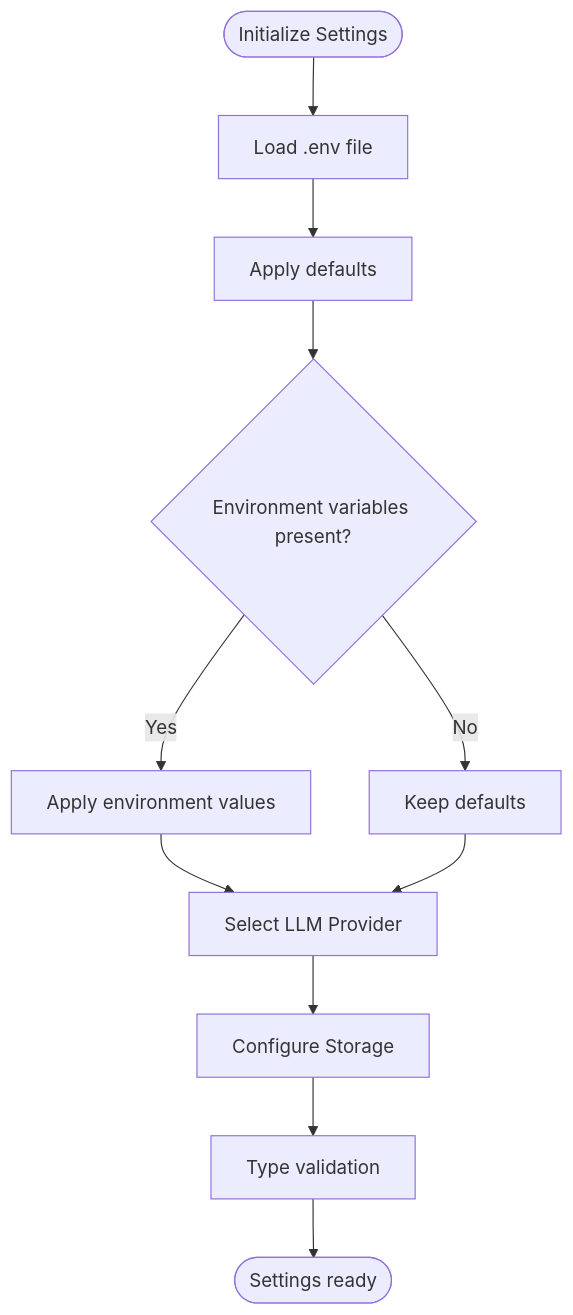
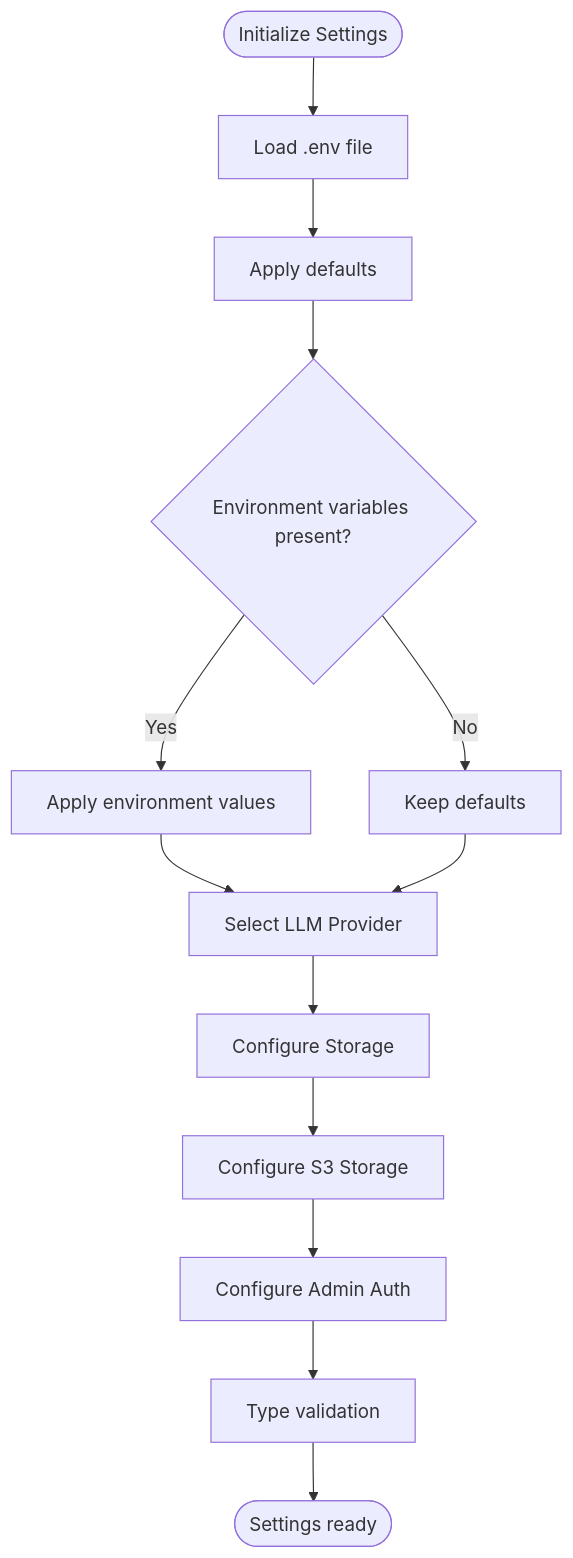
One commit to ognelis/cafetera_hr_bot changed the fifth of 9 diagrams in .qoder/repowiki/en/content/Configuration Management.md. Above: the diagram before and after it, drawn with Mermaid. The commit also changed other lines of this file and 15 other files, not shown here.

````diff
--- a/.qoder/repowiki/en/content/Configuration Management.md
+++ b/.qoder/repowiki/en/content/Configuration Management.md
@@ -213,13 +241,15 @@
 ```mermaid
 flowchart TD
 Start(["Initialize Settings"]) --> LoadEnv["Load .env file"]
 LoadEnv --> Defaults["Apply defaults"]
 Defaults --> EnvOverride{"Environment variables present?"}
 EnvOverride --> |Yes| ApplyEnv["Apply environment values"]
 EnvOverride --> |No| KeepDefaults["Keep defaults"]
 ApplyEnv --> ProviderSelect["Select LLM Provider"]
 ProviderSelect --> StorageConfig["Configure Storage"]
-StorageConfig --> Validate["Type validation"]
+StorageConfig --> S3Config["Configure S3 Storage"]
+S3Config --> AdminConfig["Configure Admin Auth"]
+AdminConfig --> Validate["Type validation"]
 KeepDefaults --> ProviderSelect
 Validate --> Done(["Settings ready"])
 ```
````
